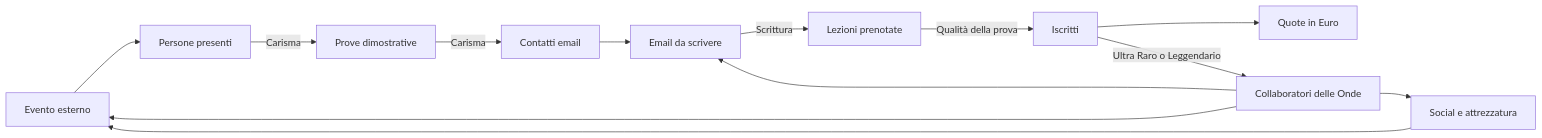
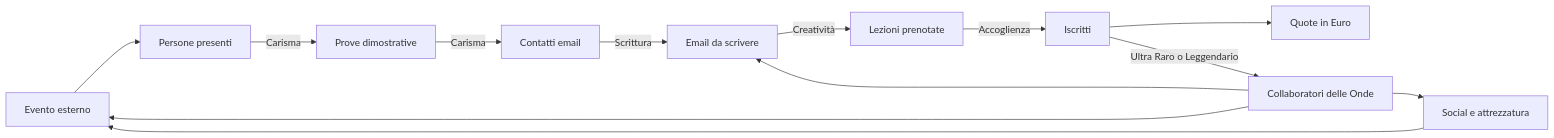
One commit to AndSim91/LudoClicker changed the diagram in GAME_DESIGN_DOCUMENT.md. Above: the diagram before and after it, drawn with Mermaid. The commit also changed other lines of this file and 6 other files, not shown here.

````diff
--- a/GAME_DESIGN_DOCUMENT.md
+++ b/GAME_DESIGN_DOCUMENT.md
@@ -151,15 +169,15 @@
 ```mermaid
 flowchart LR
     A["Evento esterno"] --> B["Persone presenti"]
     B -->|Carisma| C["Prove dimostrative"]
     C -->|Carisma| D["Contatti email"]
-    D --> E["Email da scrivere"]
-    E -->|Scrittura| F["Lezioni prenotate"]
-    F -->|Qualità della prova| G["Iscritti"]
+    D -->|Scrittura| E["Email da scrivere"]
+    E -->|Creatività| F["Lezioni prenotate"]
+    F -->|Accoglienza| G["Iscritti"]
     G --> H["Quote in Euro"]
     G -->|Ultra Raro o Leggendario| I["Collaboratori delle Onde"]
     I --> A
     I --> E
     I --> J["Social e attrezzatura"]
     J --> A
 ```
````
